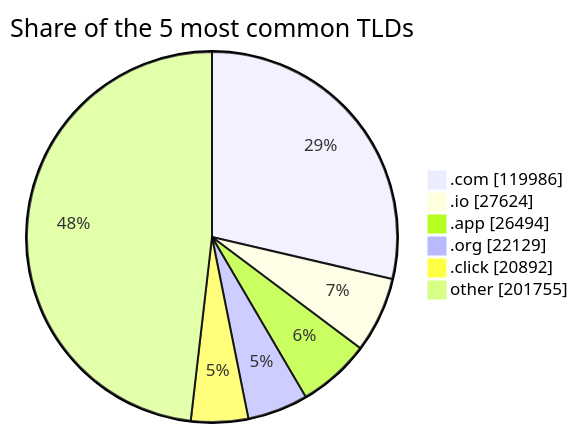
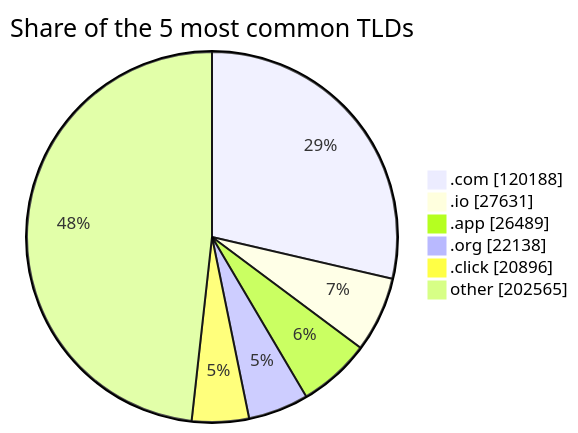
Before and after one commit to DNSBunker/CTI: the third of 3 diagrams in README.md, drawn with Mermaid. The commit also changed other lines of this file and 3 other files, not shown here.

````diff
--- a/README.md
+++ b/README.md
@@ -81,9 +81,9 @@
 ```mermaid
 pie showData title Share of the 5 most common TLDs
-    ".com" : 119986
-    ".io" : 27624
-    ".app" : 26494
-    ".org" : 22129
-    ".click" : 20892
-    "other" : 201755
+    ".com" : 120188
+    ".io" : 27631
+    ".app" : 26489
+    ".org" : 22138
+    ".click" : 20896
+    "other" : 202565
 ```
````
